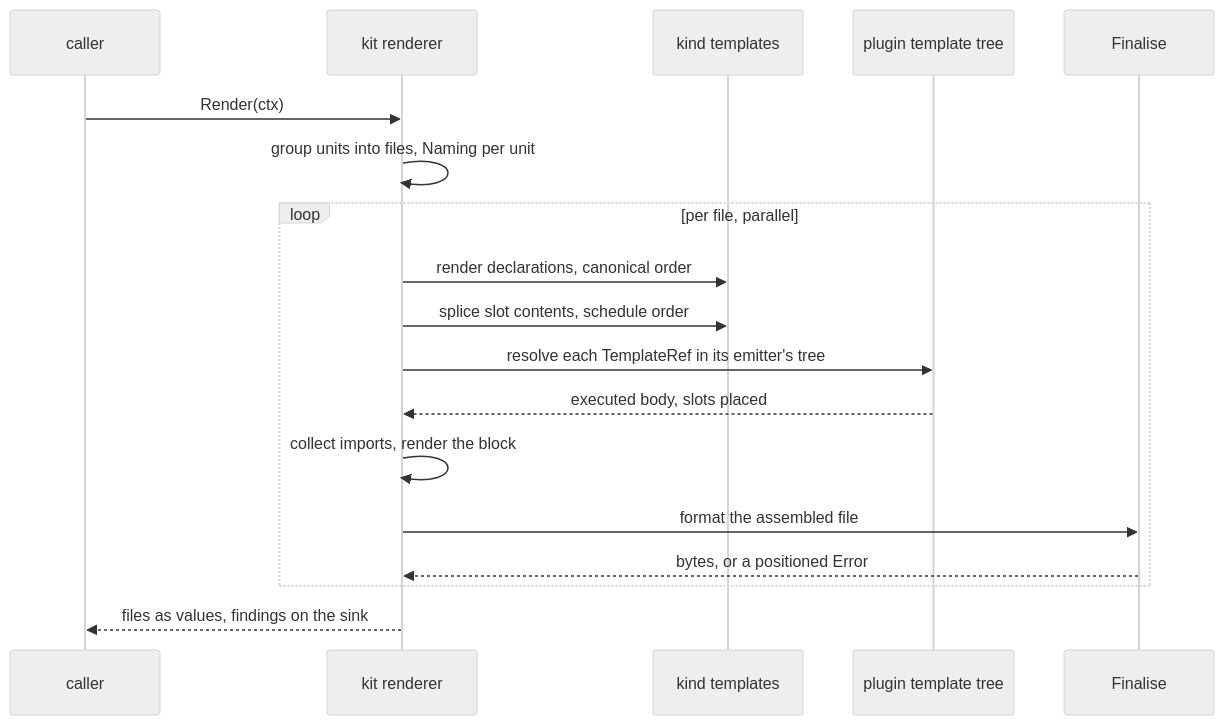
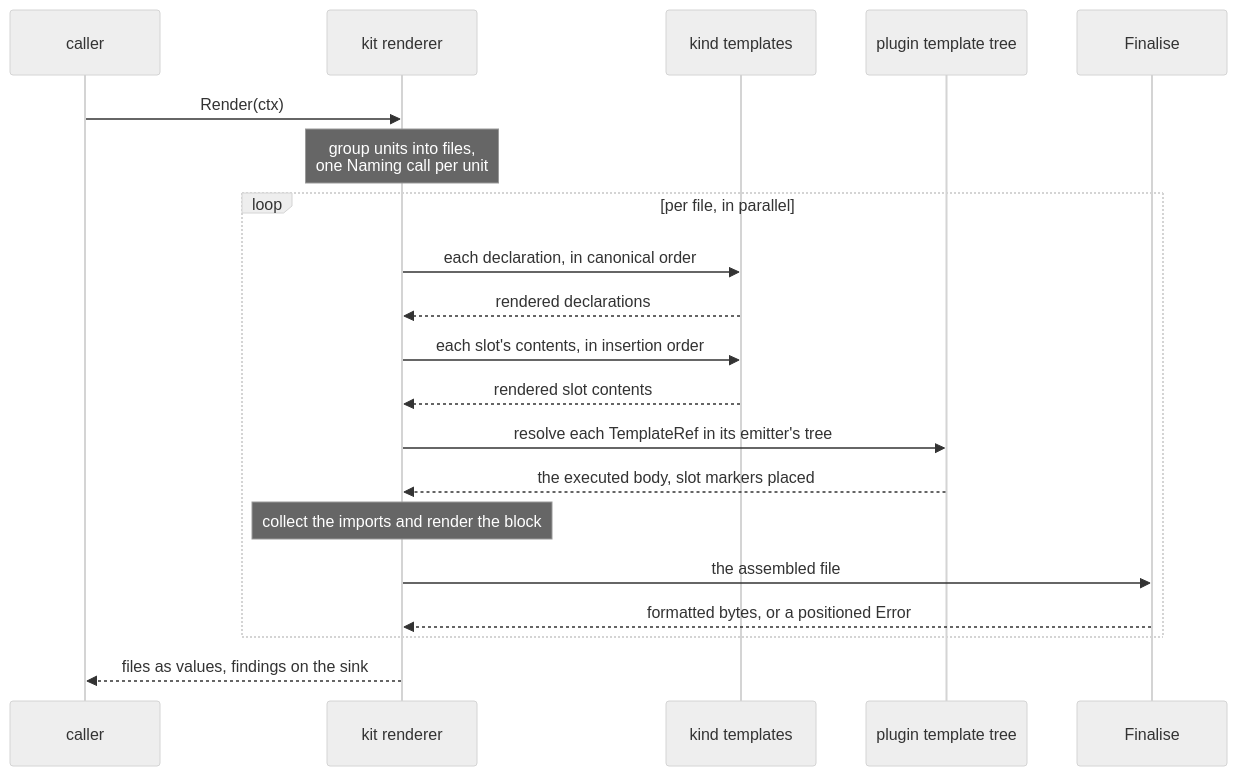
Before and after one commit to dokimasia/eidos: the diagram in docs/rfc/0009-render-pass-and-backend-kit.md, drawn with Mermaid (neutral theme). The commit also changed other lines of this file and 2 other files, not shown here.

First line of the commit message:
docs: show RFC call paths as sequence diagrams

````diff
--- a/docs/rfc/0009-render-pass-and-backend-kit.md
+++ b/docs/rfc/0009-render-pass-and-backend-kit.md
@@ -255,20 +255,23 @@
 ```mermaid
 sequenceDiagram
     participant C as caller
     participant R as kit renderer
     participant T as kind templates
     participant P as plugin template tree
     participant F as Finalise
+
     C->>R: Render(ctx)
-    R->>R: group units into files, Naming per unit
-    loop per file, parallel
-        R->>T: render declarations, canonical order
-        R->>T: splice slot contents, schedule order
+    Note over R: group units into files,<br/>one Naming call per unit
+    loop per file, in parallel
+        R->>T: each declaration, in canonical order
+        T-->>R: rendered declarations
+        R->>T: each slot's contents, in insertion order
+        T-->>R: rendered slot contents
         R->>P: resolve each TemplateRef in its emitter's tree
-        P-->>R: executed body, slots placed
-        R->>R: collect imports, render the block
-        R->>F: format the assembled file
-        F-->>R: bytes, or a positioned Error
+        P-->>R: the executed body, slot markers placed
+        Note over R: collect the imports and render the block
+        R->>F: the assembled file
+        F-->>R: formatted bytes, or a positioned Error
     end
     R-->>C: files as values, findings on the sink
 ```
````
